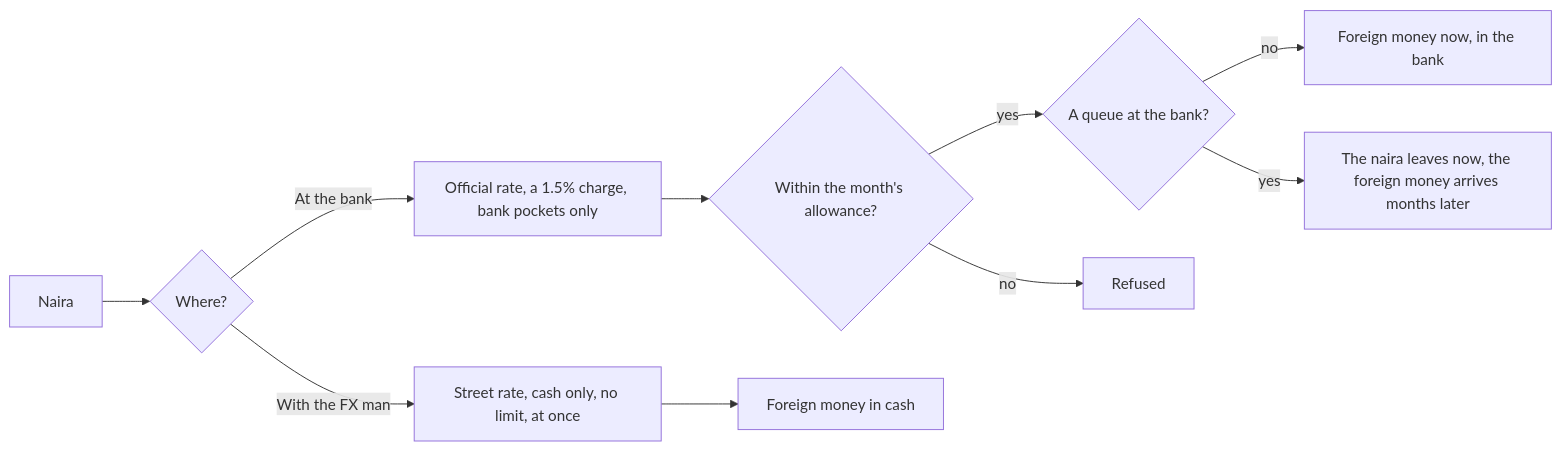
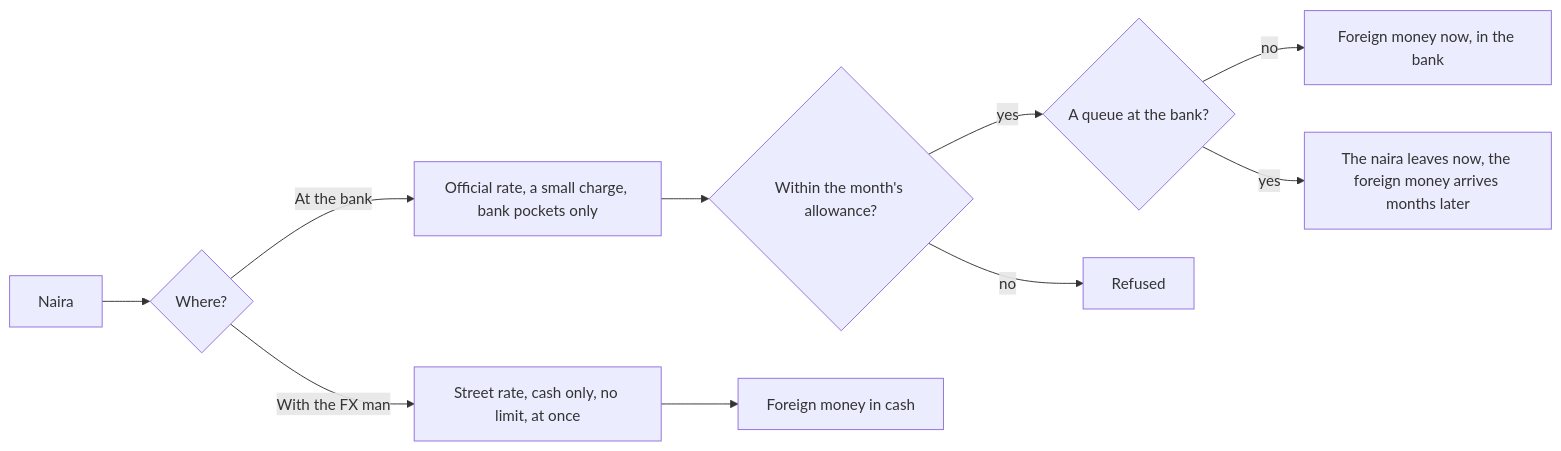
Before and after one commit to buildlab-studio/japacity: the first of 3 diagrams in docs/site/plays/money.md, drawn with Mermaid. The commit also changed other lines of this file and 157 other files, not shown here.

````diff
--- a/docs/site/plays/money.md
+++ b/docs/site/plays/money.md
@@ -70,12 +45,12 @@
 ```mermaid
 flowchart LR
   N["Naira"] --> W{"Where?"}
-  W -- "At the bank" --> B["Official rate, a 1.5% charge, bank pockets only"]
+  W -- "At the bank" --> B["Official rate, a small charge, bank pockets only"]
   B --> L{"Within the month's allowance?"}
   L -- "yes" --> Q{"A queue at the bank?"}
   Q -- "no" --> F1["Foreign money now, in the bank"]
   Q -- "yes" --> F2["The naira leaves now, the foreign money arrives months later"]
   L -- "no" --> R["Refused"]
   W -- "With the FX man" --> A["Street rate, cash only, no limit, at once"]
   A --> F3["Foreign money in cash"]
 ```
````
